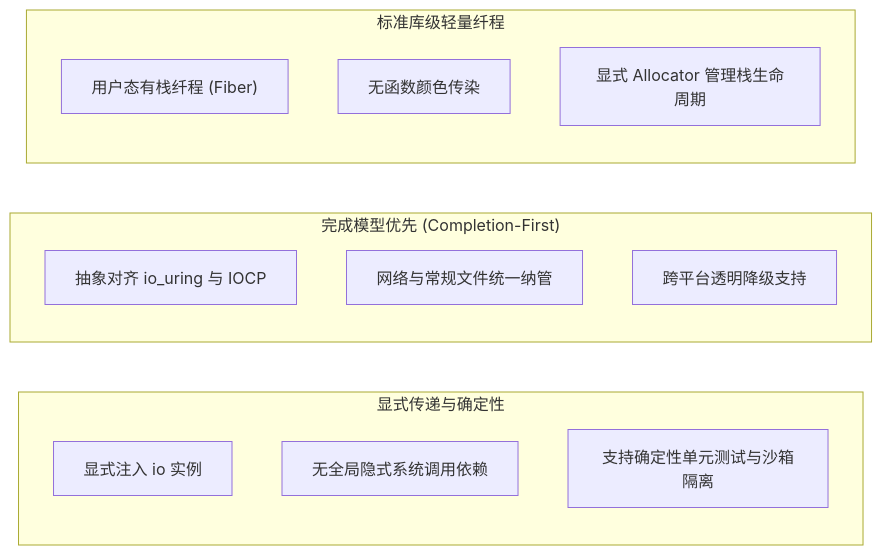
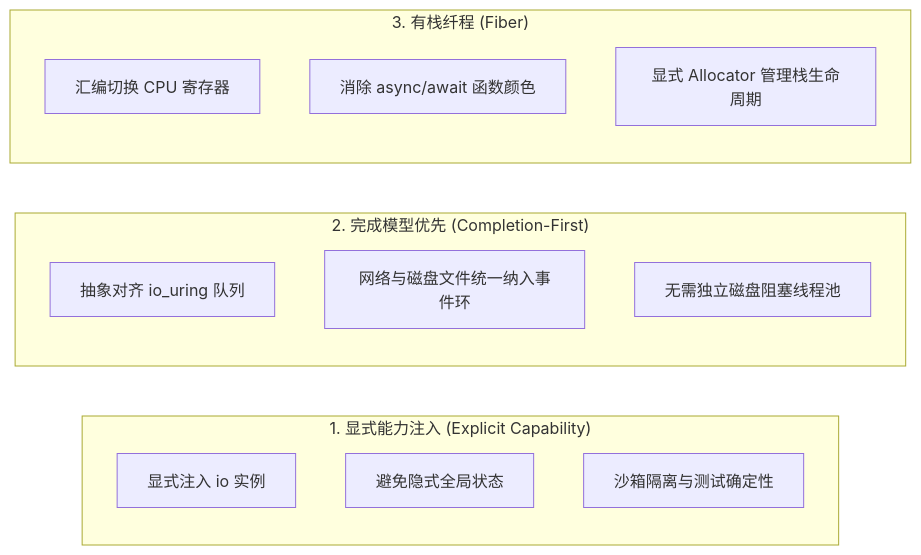
The second of 2 diagrams in zig-io/src/philosophy/zig-io-philosophy.md (jiacai2050/x), drawn with Mermaid before and after one commit. The commit also changed other lines of this file and 28 other files, not shown here.

````diff
--- a/zig-io/src/philosophy/zig-io-philosophy.md
+++ b/zig-io/src/philosophy/zig-io-philosophy.md
@@ -16,20 +92,20 @@
 ```mermaid
 graph LR
-    subgraph S1 ["显式传递与确定性"]
+    subgraph S1 ["1. 显式能力注入 (Explicit Capability)"]
         D1["显式注入 io 实例"]
-        D2["无全局隐式系统调用依赖"]
-        D3["支持确定性单元测试与沙箱隔离"]
+        D2["避免隐式全局状态"]
+        D3["沙箱隔离与测试确定性"]
     end
 
-    subgraph S2 ["完成模型优先 (Completion-First)"]
-        D4["抽象对齐 io_uring 与 IOCP"]
-        D5["网络与常规文件统一纳管"]
-        D6["跨平台透明降级支持"]
+    subgraph S2 ["2. 完成模型优先 (Completion-First)"]
+        D4["抽象对齐 io_uring 队列"]
+        D5["网络与磁盘文件统一纳入事件环"]
+        D6["无需独立磁盘阻塞线程池"]
     end
 
-    subgraph S3 ["标准库级轻量纤程"]
-        D7["用户态有栈纤程 (Fiber)"]
-        D8["无函数颜色传染"]
+    subgraph S3 ["3. 有栈纤程 (Fiber)"]
+        D7["汇编切换 CPU 寄存器"]
+        D8["消除 async/await 函数颜色"]
         D9["显式 Allocator 管理栈生命周期"]
     end
 ```
````
